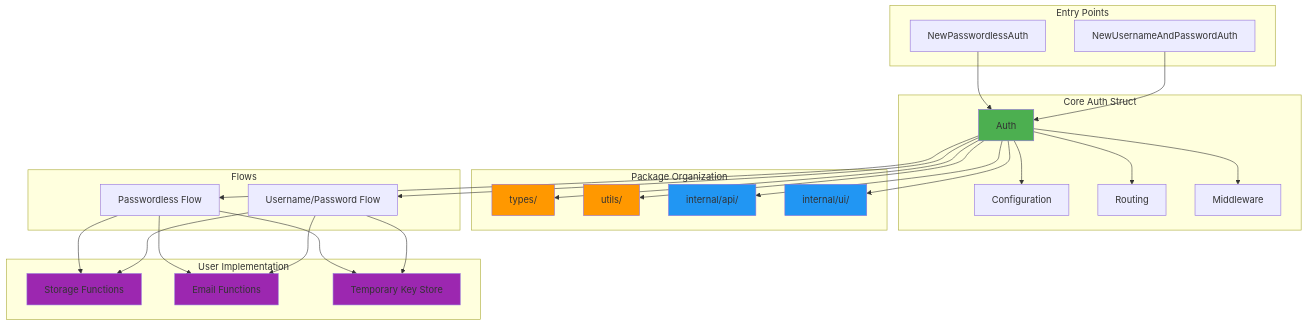
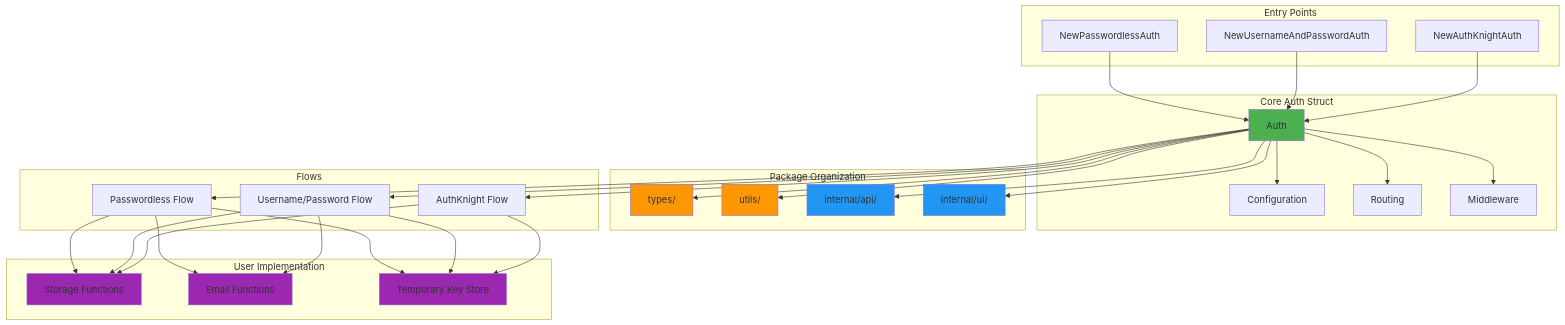
One commit to dracory/auth changed the first of 3 diagrams in docs/overview.md. Above: the diagram before and after it, drawn with Mermaid. The commit also changed other lines of this file and 43 other files, not shown here.

First line of the commit message:
docs: add AuthKnight authentication flow with configuration, examples, and API documentation

````diff
--- a/docs/overview.md
+++ b/docs/overview.md
@@ -39,56 +40,62 @@
 ```mermaid
 graph TB
     subgraph "Entry Points"
         A[NewPasswordlessAuth]
         B[NewUsernameAndPasswordAuth]
+        AK[NewAuthKnightAuth]
     end
     
     subgraph "Core Auth Struct"
         C[Auth]
         C --> D[Configuration]
         C --> E[Routing]
         C --> F[Middleware]
     end
     
     subgraph "Package Organization"
         T[types/]
         U[utils/]
         IA[internal/api/]
         IU[internal/ui/]
     end
     
     subgraph "Flows"
         G[Passwordless Flow]
         H[Username/Password Flow]
+        AKF[AuthKnight Flow]
     end
     
     subgraph "User Implementation"
         I[Storage Functions]
         J[Email Functions]
         K[Temporary Key Store]
     end
     
     A --> C
     B --> C
+    AK --> C
     C --> T
     C --> U
     C --> IA
     C --> IU
     C --> G
     C --> H
+    C --> AKF
     G --> I
     G --> J
     G --> K
     H --> I
     H --> J
     H --> K
+    AKF --> I
+    AKF --> K
     
     style C fill:#4CAF50
     style T fill:#FF9800
     style U fill:#FF9800
     style IA fill:#2196F3
     style IU fill:#2196F3
     style I fill:#9C27B0
     style J fill:#9C27B0
     style K fill:#9C27B0
 ```
````
